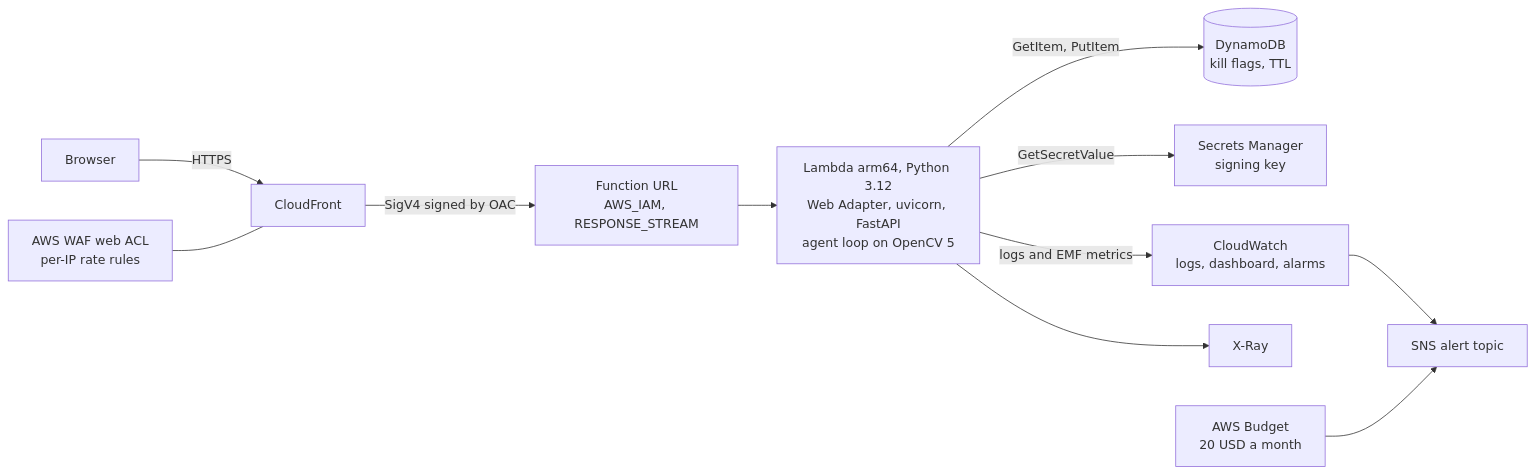
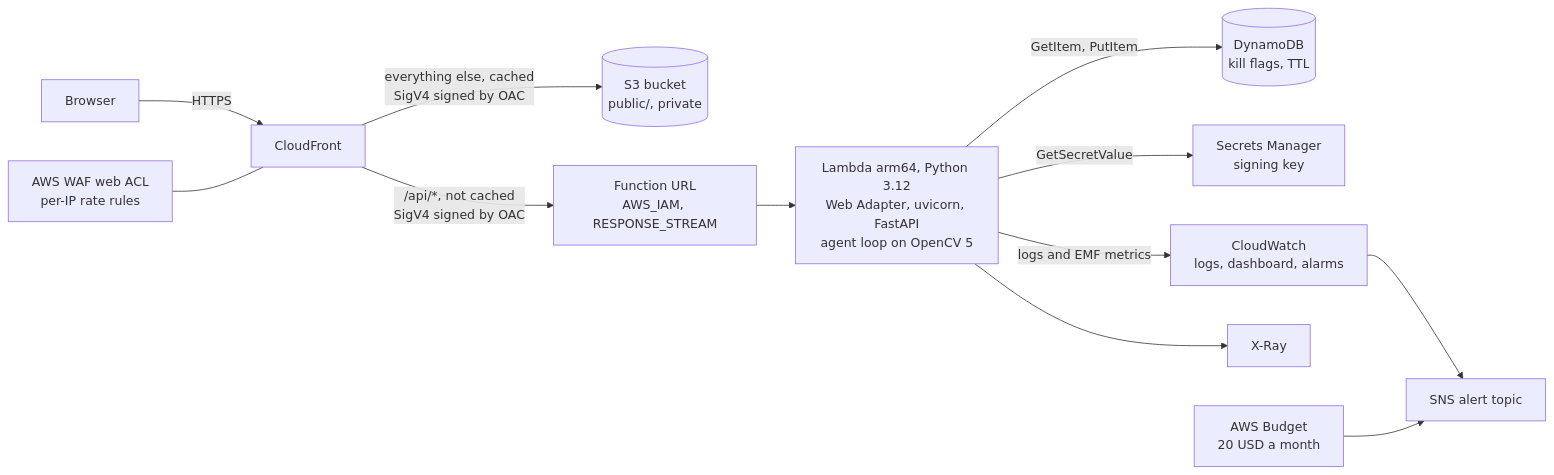
Before and after one commit to vj-io/drishyam: the diagram in docs/aws.md, drawn with Mermaid. The commit also changed other lines of this file and 4 other files, not shown here.

First line of the commit message:
infra: serve public/ from S3 through OAC with the vercel.json headers

````diff
--- a/docs/aws.md
+++ b/docs/aws.md
@@ -19,13 +20,14 @@
 ```mermaid
 flowchart LR
   V[Browser] -->|HTTPS| CF[CloudFront]
   W[AWS WAF web ACL<br/>per-IP rate rules] --- CF
-  CF -->|SigV4 signed by OAC| U[Function URL<br/>AWS_IAM, RESPONSE_STREAM]
+  CF -->|"everything else, cached<br/>SigV4 signed by OAC"| S3[(S3 bucket<br/>public/, private)]
+  CF -->|"/api/*, not cached<br/>SigV4 signed by OAC"| U[Function URL<br/>AWS_IAM, RESPONSE_STREAM]
   U --> L[Lambda arm64, Python 3.12<br/>Web Adapter, uvicorn, FastAPI<br/>agent loop on OpenCV 5]
   L -->|GetItem, PutItem| D[(DynamoDB<br/>kill flags, TTL)]
   L -->|GetSecretValue| S[Secrets Manager<br/>signing key]
   L -->|logs and EMF metrics| C[CloudWatch<br/>logs, dashboard, alarms]
   L --> X[X-Ray]
   C --> T[SNS alert topic]
   B[AWS Budget<br/>20 USD a month] --> T
 ```
````
